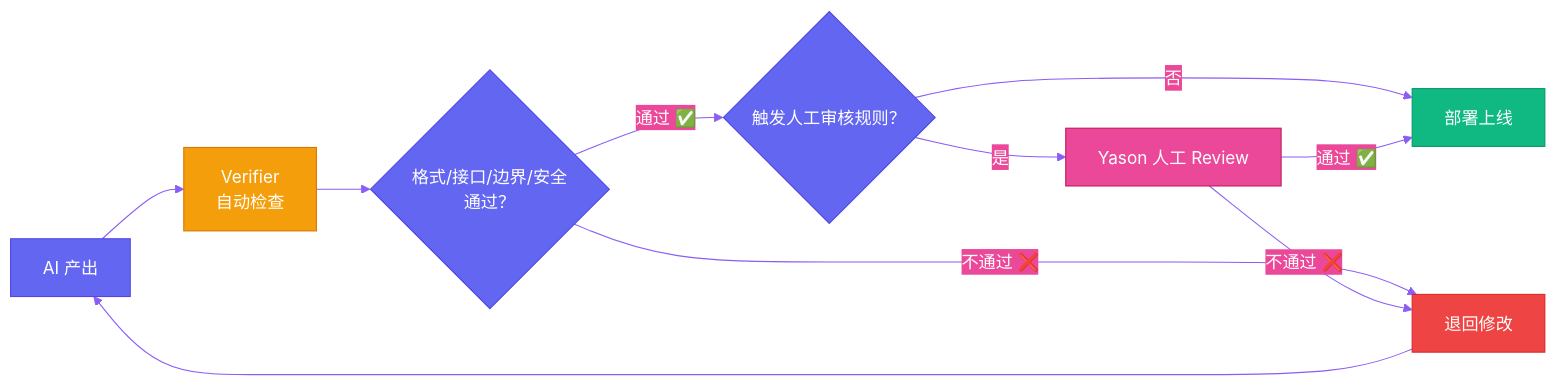
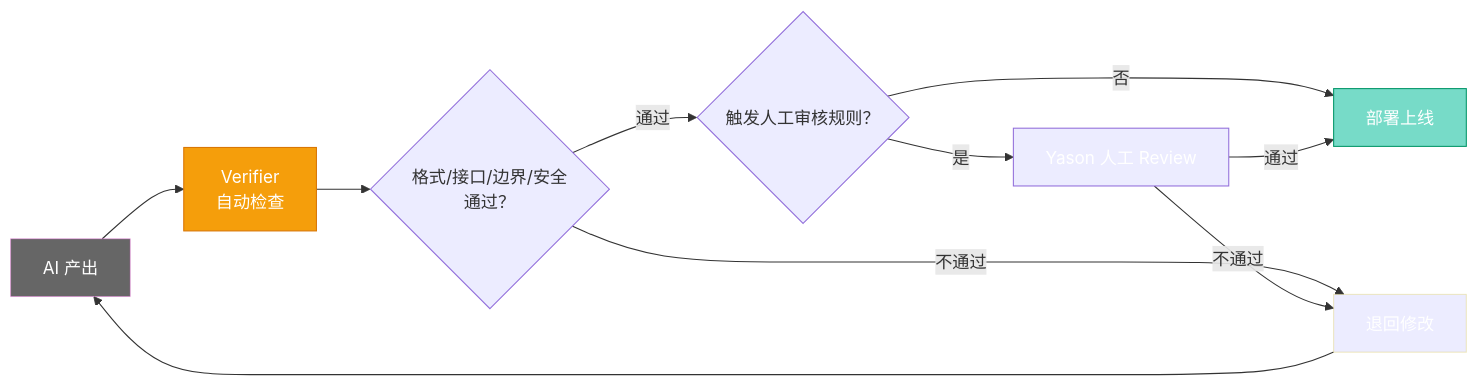
One commit to VokoForge/ai-prism changed the diagram in posts/yason-and-roberts/zh/ch08.md. Above: the diagram before and after it, drawn with Mermaid. The commit also changed 31 other files, not shown here.

First line of the commit message:
✨ Rewrite all articles: hook titles, Mermaid diagrams, engaging style

````diff
--- a/posts/yason-and-roberts/zh/ch08.md
+++ b/posts/yason-and-roberts/zh/ch08.md
@@ -53,21 +53,20 @@
 ```mermaid
-%%{init: {'theme': 'base', 'themeVariables': {'primaryColor': '#6366f1','primaryTextColor': '#fff','primaryBorderColor': '#4f46e5','lineColor': '#8b5cf6','secondaryColor': '#ec4899','tertiaryColor': '#f59e0b'}}}%%
 flowchart LR
     A["AI 产出"] --> V["Verifier<br>自动检查"]
     V --> F{"格式/接口/边界/安全<br>通过？"}
-    F -->|"通过 ✅"| H{"触发人工审核规则？"}
-    F -->|"不通过 ❌"| R["退回修改"]
+    F -->|"通过 "| H{"触发人工审核规则？"}
+    F -->|"不通过 "| R["退回修改"]
     R --> A
 
     H -->|"是"| M["Yason 人工 Review"]
     H -->|"否"| D["部署上线"]
 
-    M -->|"通过 ✅"| D
-    M -->|"不通过 ❌"| R
+    M -->|"通过 "| D
+    M -->|"不通过 "| R
 
-    style A fill:#6366f1,stroke:#4f46e5,color:#fff
+    style A fill:#666f,stroke:#f6e5,color:#fff
     style V fill:#f59e0b,stroke:#d97706,color:#fff
-    style D fill:#10b981,stroke:#059669,color:#fff
-    style R fill:#ef4444,stroke:#dc2626,color:#fff
-    style M fill:#ec4899,stroke:#be185d,color:#fff
+    style D fill:#0b98,stroke:#059669,color:#fff
+    style R fill:#ef,stroke:#dc66,color:#fff
+    style M fill:#ec899,stroke:#be85d,color:#fff
 ```
````
